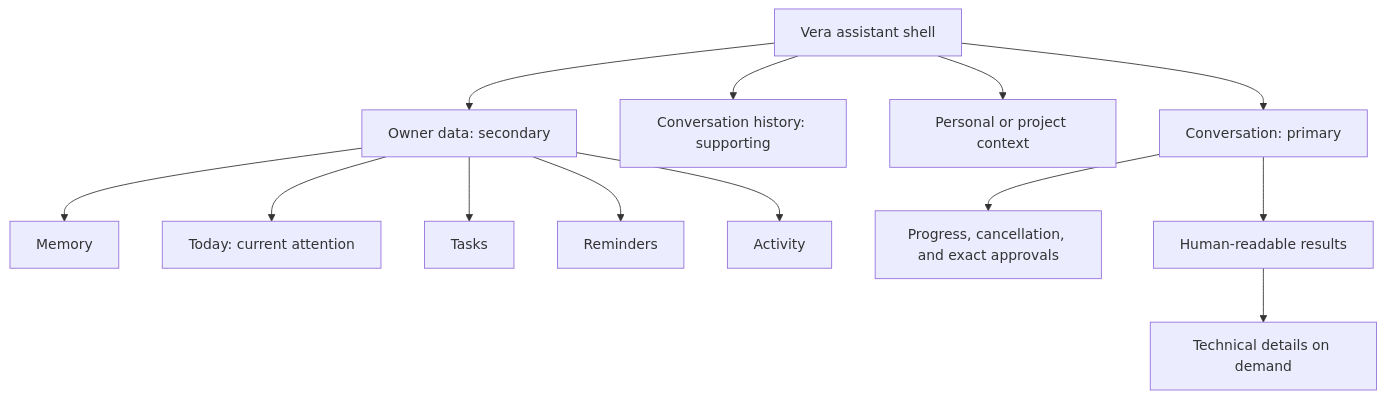
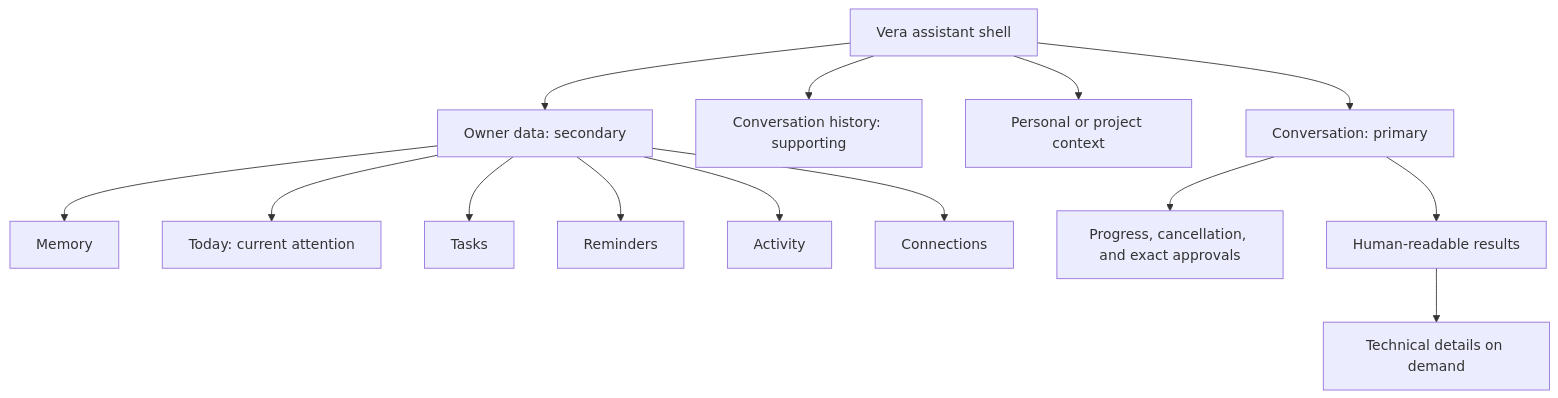
One commit to 4romgod/vera changed the first of 2 diagrams in docs/interface-design.md. Above: the diagram before and after it, drawn with Mermaid. The commit also changed other lines of this file and 66 other files, not shown here.

````diff
--- a/docs/interface-design.md
+++ b/docs/interface-design.md
@@ -30,15 +30,16 @@
 ```mermaid
 flowchart TD
     SHELL["Vera assistant shell"] --> CHAT["Conversation: primary"]
     SHELL --> HISTORY["Conversation history: supporting"]
     SHELL --> CONTEXT["Personal or project context"]
     SHELL --> OWNER["Owner data: secondary"]
     OWNER --> MEMORY["Memory"]
     OWNER --> TODAY["Today: current attention"]
     OWNER --> TASKS["Tasks"]
     OWNER --> REMINDERS["Reminders"]
     OWNER --> ACTIVITY["Activity"]
+    OWNER --> CONNECTIONS["Connections"]
     CHAT --> CONTROL["Progress, cancellation, and exact approvals"]
     CHAT --> RESULTS["Human-readable results"]
     RESULTS --> DETAILS["Technical details on demand"]
 ```
````
